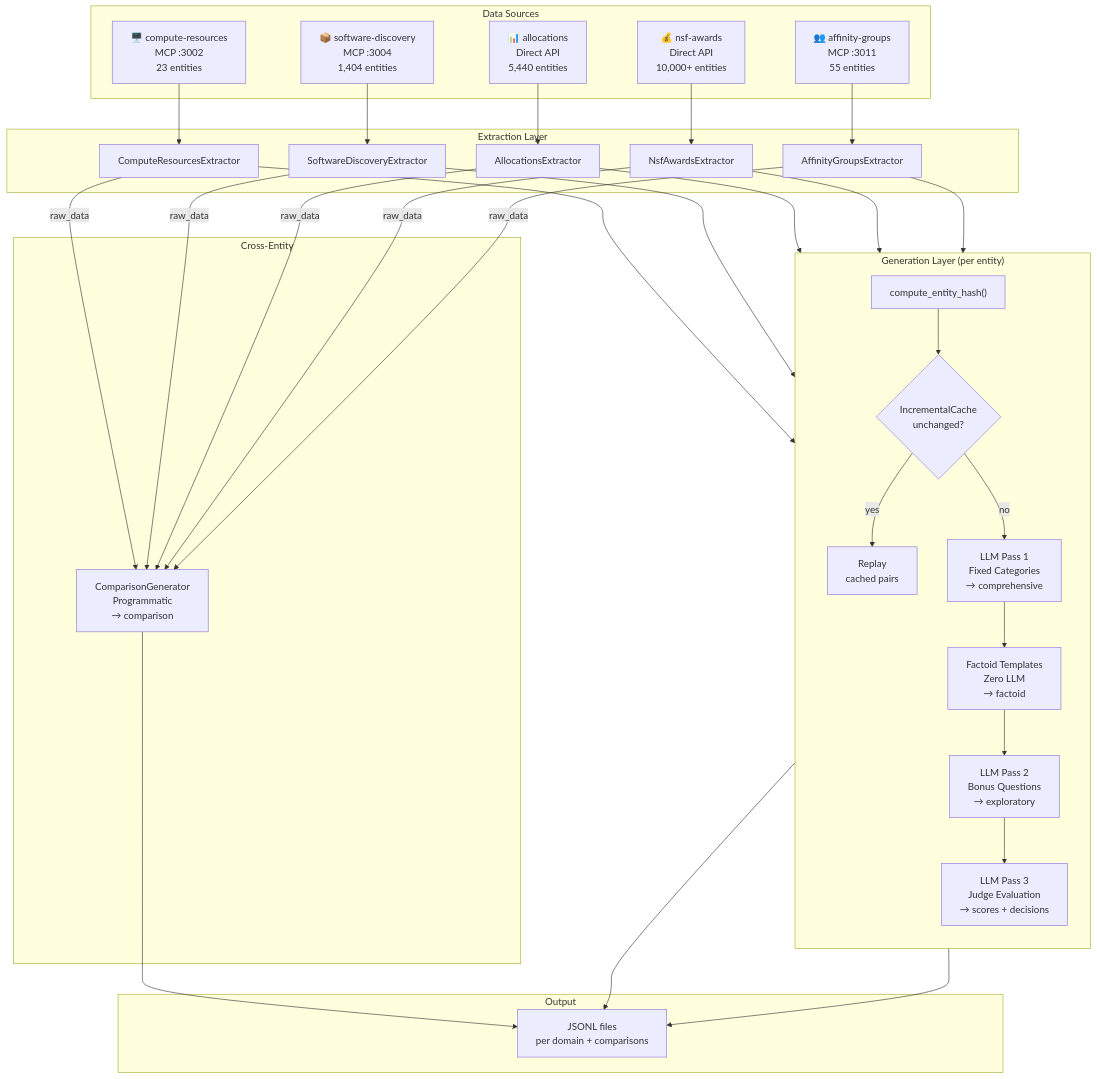
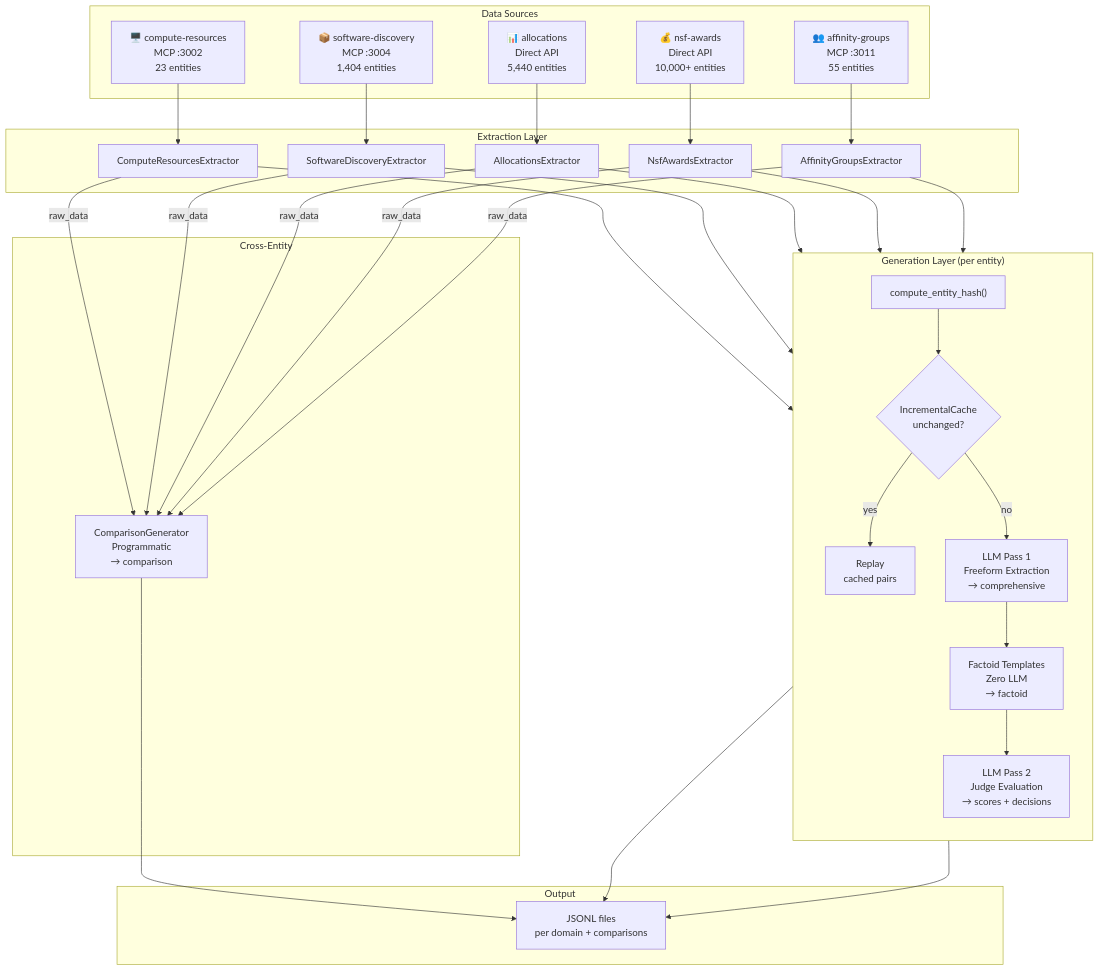
One commit to necyberteam/access-qa-extraction changed the first of 2 diagrams in docs/system-overview-2026-02-17.md. Above: the diagram before and after it, drawn with Mermaid. The commit also changed other lines of this file and 3 other files, not shown here.

First line of the commit message:
docs: update all docs for freeform extraction pipeline and Argilla dedup discovery

````diff
--- a/docs/system-overview-2026-02-17.md
+++ b/docs/system-overview-2026-02-17.md
@@ -13,56 +13,54 @@
 ```mermaid
 graph TB
     subgraph "Data Sources"
         MCP1["🖥️ compute-resources<br/>MCP :3002<br/>23 entities"]
         MCP2["📦 software-discovery<br/>MCP :3004<br/>1,404 entities"]
         MCP3["📊 allocations<br/>Direct API<br/>5,440 entities"]
         MCP4["💰 nsf-awards<br/>Direct API<br/>10,000+ entities"]
         MCP5["👥 affinity-groups<br/>MCP :3011<br/>55 entities"]
     end
 
     subgraph "Extraction Layer"
         E1["ComputeResourcesExtractor"]
         E2["SoftwareDiscoveryExtractor"]
         E3["AllocationsExtractor"]
         E4["NsfAwardsExtractor"]
         E5["AffinityGroupsExtractor"]
     end
 
     subgraph "Generation Layer (per entity)"
         direction TB
         HASH["compute_entity_hash()"]
         CACHE{"IncrementalCache<br/>unchanged?"}
-        LLM["LLM Pass 1<br/>Fixed Categories<br/>→ comprehensive"]
+        LLM["LLM Pass 1<br/>Freeform Extraction<br/>→ comprehensive"]
         FACT["Factoid Templates<br/>Zero LLM<br/>→ factoid"]
-        BONUS["LLM Pass 2<br/>Bonus Questions<br/>→ exploratory"]
-        JUDGE["LLM Pass 3<br/>Judge Evaluation<br/>→ scores + decisions"]
+        JUDGE["LLM Pass 2<br/>Judge Evaluation<br/>→ scores + decisions"]
         CACHED["Replay<br/>cached pairs"]
     end
 
     subgraph "Cross-Entity"
         COMP["ComparisonGenerator<br/>Programmatic<br/>→ comparison"]
     end
 
     subgraph "Output"
         JSONL["JSONL files<br/>per domain + comparisons"]
     end
 
     MCP1 --> E1
     MCP2 --> E2
     MCP3 --> E3
     MCP4 --> E4
     MCP5 --> E5
 
     E1 & E2 & E3 & E4 & E5 --> HASH
     HASH --> CACHE
     CACHE -->|yes| CACHED
     CACHE -->|no| LLM
     LLM --> FACT
-    FACT --> BONUS
-    BONUS --> JUDGE
+    FACT --> JUDGE
     CACHED --> JSONL
     JUDGE --> JSONL
 
     E1 & E2 & E3 & E4 & E5 -->|raw_data| COMP
     COMP --> JSONL
 ```
````
